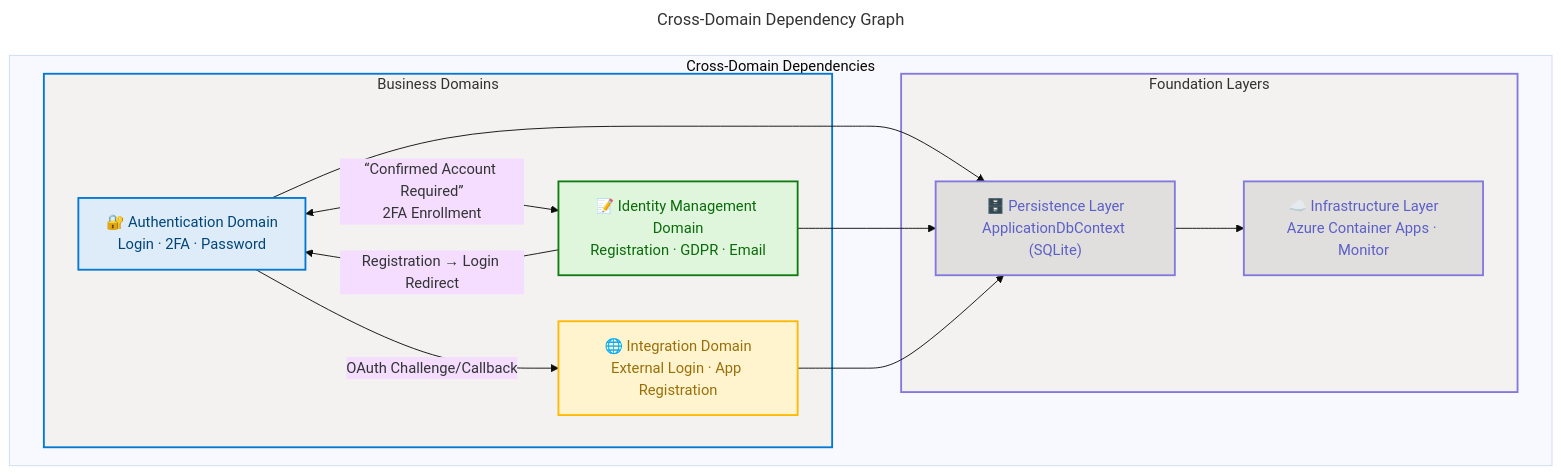
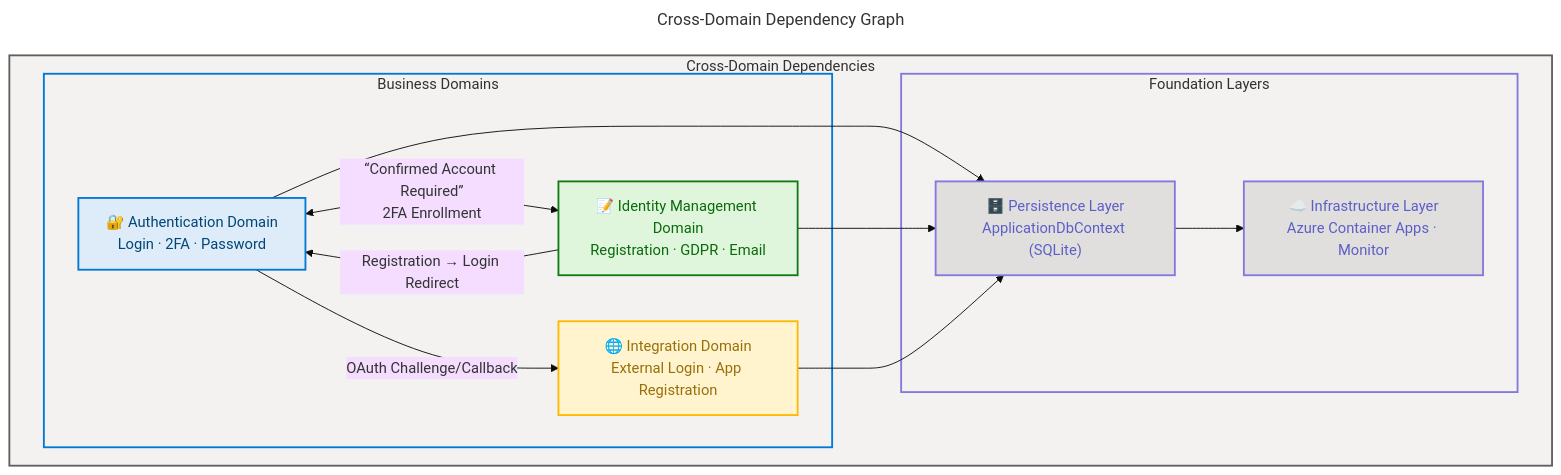
One commit to Evilazaro/IdentityProvider changed diagram 11 of 11 in docs/architecture/business-architecture.md. Above: the diagram before and after it, drawn with Mermaid.

Commit message:
Refactor subgraph styling in Strategic Alignment Map for improved clarity in business architecture documentation

````diff
--- a/docs/architecture/business-architecture.md
+++ b/docs/architecture/business-architecture.md
@@ -1315,63 +1315,64 @@
 ```mermaid
 ---
 title: Cross-Domain Dependency Graph
 config:
   theme: base
   look: classic
   layout: dagre
   themeVariables:
     fontSize: '16px'
   flowchart:
     htmlLabels: true
 ---
 flowchart TB
     accTitle: Cross-Domain Dependency Graph — Contoso IdentityProvider
     accDescr: Shows bidirectional dependencies between Authentication, Identity Management, Integration, Persistence, and Infrastructure domains
 
     %% ═══════════════════════════════════════════════════════════════
     %% AZURE / FLUENT ARCHITECTURE PATTERN v1.1
     %% Semantic + Structural + Font + Accessibility Governance
     %% ═══════════════════════════════════════════════════════════════
     %% PHASE 1 — STRUCTURAL: Direction explicit, nesting ≤ 3
     %% PHASE 2 — SEMANTIC: Max 5 classes, neutral-first
     %% PHASE 3 — FONT: Dark text on light backgrounds ≥ 4.5:1
     %% PHASE 4 — ACCESSIBILITY: accTitle + accDescr + icons on all nodes
     %% PHASE 5 — STANDARD: Governance block + classDefs centralized
     %% ═══════════════════════════════════════════════════════════════
 
     subgraph main["Cross-Domain Dependencies"]
         subgraph businessDomains["Business Domains"]
             AUTH["🔐 Authentication Domain<br/>Login · 2FA · Password"]
             IDM["📝 Identity Management Domain<br/>Registration · GDPR · Email"]
             INT["🌐 Integration Domain<br/>External Login · App Registration"]
         end
 
         subgraph foundationLayers["Foundation Layers"]
             PERSIST["🗄️ Persistence Layer<br/>ApplicationDbContext (SQLite)"]
             INFRA["☁️ Infrastructure Layer<br/>Azure Container Apps · Monitor"]
         end
     end
 
     AUTH <-->|“Confirmed Account Required”<br/>2FA Enrollment| IDM
     AUTH -->|OAuth Challenge/Callback| INT
     IDM -->|Registration → Login Redirect| AUTH
     AUTH --> PERSIST
     IDM --> PERSIST
     INT --> PERSIST
     PERSIST --> INFRA
 
     %% Semantic classDefs
     classDef core fill:#DEECF9,stroke:#0078D4,stroke-width:2px,color:#004578
     classDef success fill:#DFF6DD,stroke:#107C10,stroke-width:2px,color:#0B6A0B
     classDef warning fill:#FFF4CE,stroke:#FFB900,stroke-width:2px,color:#986F0B
     classDef data fill:#E1DFDD,stroke:#8378DE,stroke-width:2px,color:#5B5FC7
 
     class AUTH core
     class IDM success
     class INT warning
     class PERSIST,INFRA data
 
-    %% Subgraph styling fill:#F3F2F1,stroke:#605E5C,stroke-width:2px,color:#323130
+    %% Subgraph styling
+    style main fill:#F3F2F1,stroke:#605E5C,stroke-width:2px,color:#323130
     style businessDomains fill:#F3F2F1,stroke:#0078D4,stroke-width:2px,color:#323130
     style foundationLayers fill:#F3F2F1,stroke:#8378DE,stroke-width:2px,color:#323130
 ```
````
